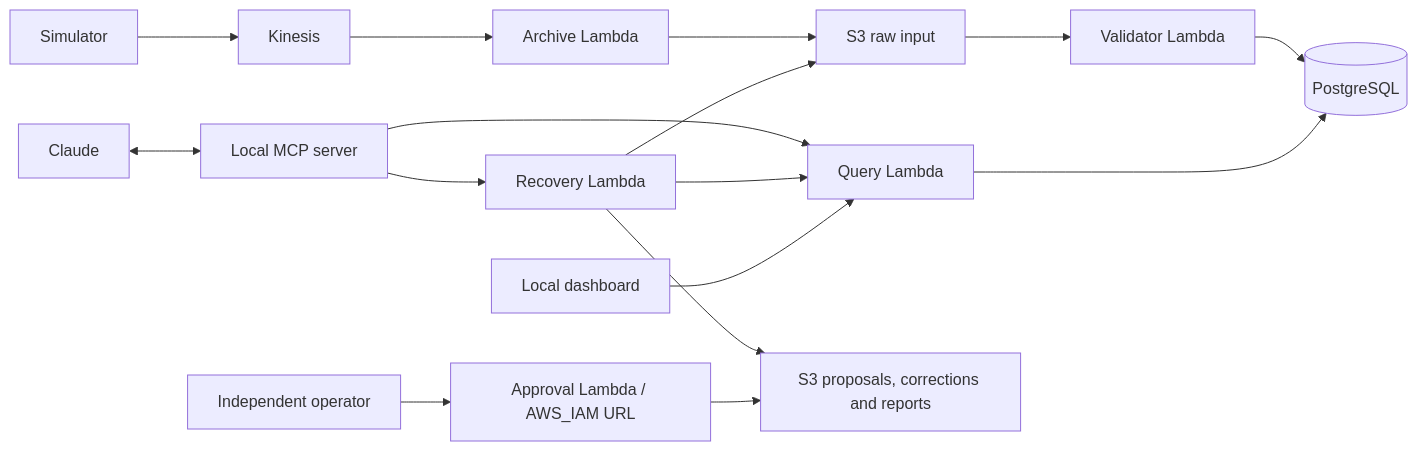
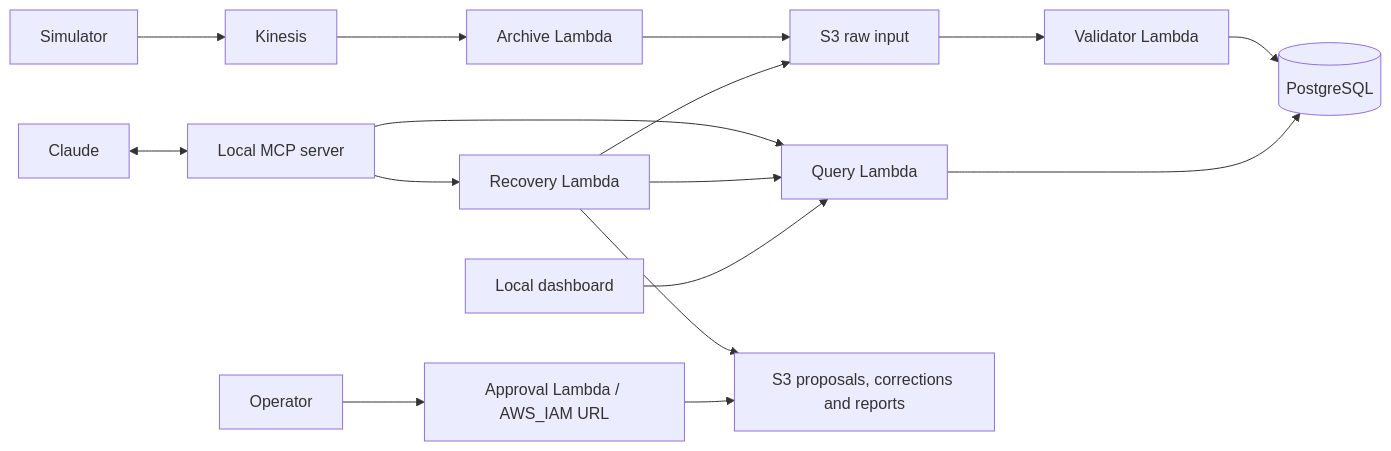
The diagram in README.md (KRISHNA-05-06/ring-device-investigation), drawn with Mermaid before and after one commit. The commit also changed other lines of this file and 30 other files, not shown here.

````diff
--- a/README.md
+++ b/README.md
@@ -23,13 +17,13 @@
 ```mermaid
 flowchart LR
   P[Simulator] --> K[Kinesis] --> A[Archive Lambda] --> S[S3 raw input]
   S --> V[Validator Lambda] --> DB[(PostgreSQL)]
   C[Claude] <--> M[Local MCP server]
   M --> Q[Query Lambda] --> DB
   M --> R[Recovery Lambda]
   R --> Q
   R --> F[S3 proposals, corrections and reports]
-  O[Independent operator] --> AP[Approval Lambda / AWS_IAM URL] --> F
+  O[Operator] --> AP[Approval Lambda / AWS_IAM URL] --> F
   R --> S
   D[Local dashboard] --> Q
 ```
````
